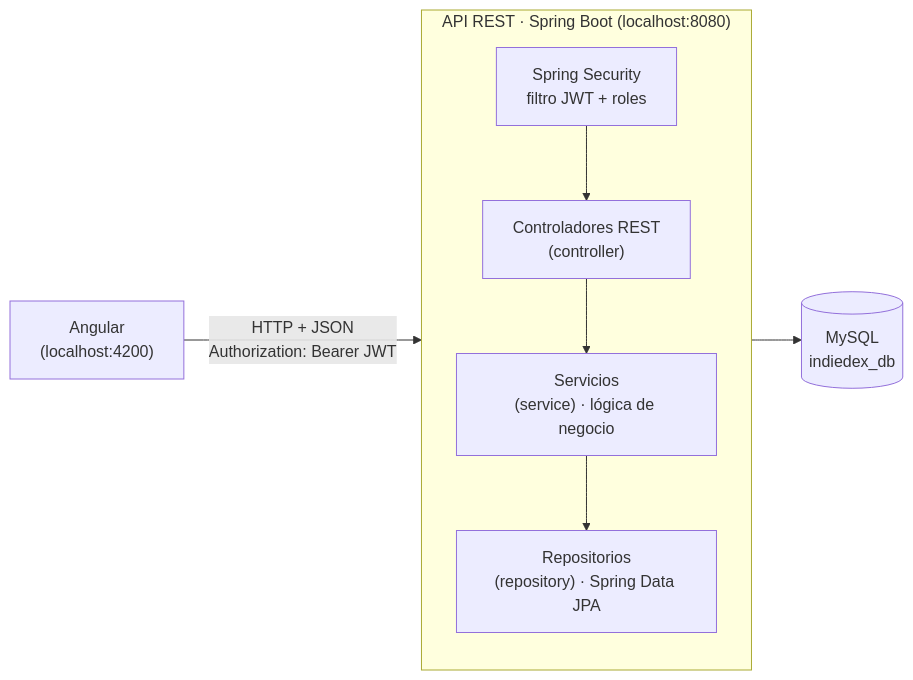
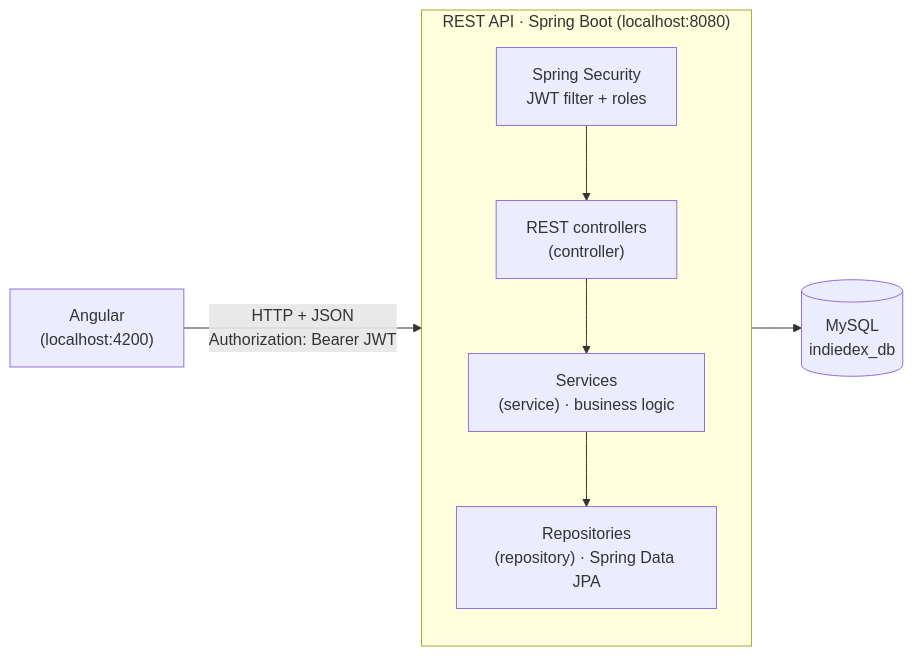
One commit to Cristian-V9/IndieDex changed the first of 3 diagrams in README.md. Above: the diagram before and after it, drawn with Mermaid. The commit also changed other lines of this file, not shown here.

````diff
--- a/README.md
+++ b/README.md
@@ -24,11 +19,11 @@
 ```mermaid
 flowchart LR
     A["Angular<br/>(localhost:4200)"] -- "HTTP + JSON<br/>Authorization: Bearer JWT" --> B
-    subgraph B["API REST · Spring Boot (localhost:8080)"]
+    subgraph B["REST API · Spring Boot (localhost:8080)"]
         direction TB
-        S["Spring Security<br/>filtro JWT + roles"] --> C["Controladores REST<br/>(controller)"]
-        C --> SV["Servicios<br/>(service) · lógica de negocio"]
-        SV --> R["Repositorios<br/>(repository) · Spring Data JPA"]
+        S["Spring Security<br/>JWT filter + roles"] --> C["REST controllers<br/>(controller)"]
+        C --> SV["Services<br/>(service) · business logic"]
+        SV --> R["Repositories<br/>(repository) · Spring Data JPA"]
     end
     R --> D[("MySQL<br/>indiedex_db")]
 ```
````
